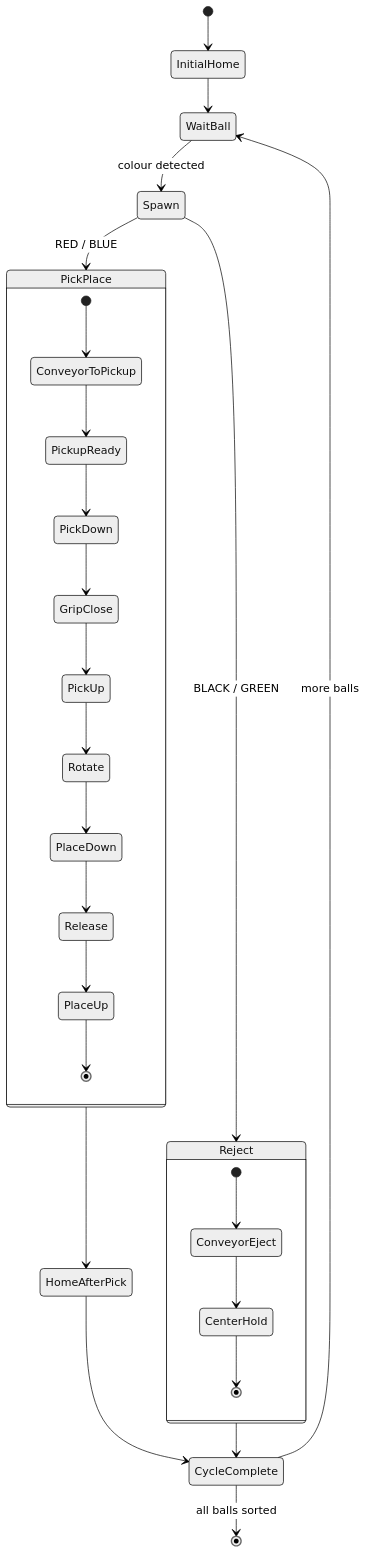
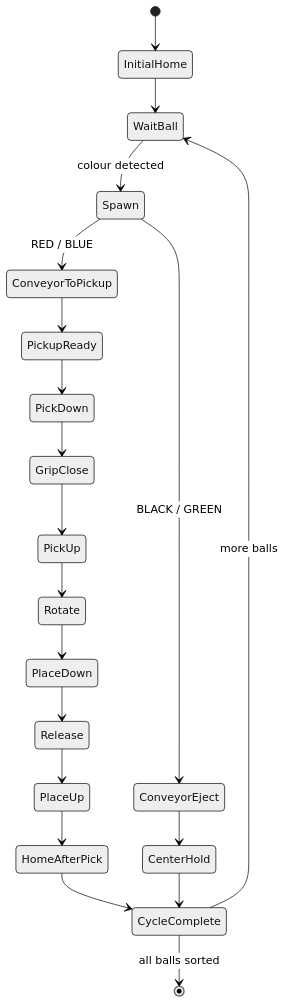
One commit to AJAYKRISHNAVENKATESAN/ev3_manipulator changed the diagram in README.md. Above: the diagram before and after it, drawn with Mermaid (neutral theme).

Commit message:
Flatten mermaid state diagram to fix GitHub render error

````diff
--- a/README.md
+++ b/README.md
@@ -46,33 +46,25 @@
 ```mermaid
 stateDiagram-v2
     [*] --> InitialHome
     InitialHome --> WaitBall
     WaitBall --> Spawn : colour detected
-    Spawn --> PickPlace : RED / BLUE
-    Spawn --> Reject : BLACK / GREEN
+    Spawn --> ConveyorToPickup : RED / BLUE
+    Spawn --> ConveyorEject : BLACK / GREEN
 
-    state PickPlace {
-        [*] --> ConveyorToPickup
-        ConveyorToPickup --> PickupReady
-        PickupReady --> PickDown
-        PickDown --> GripClose
-        GripClose --> PickUp
-        PickUp --> Rotate
-        Rotate --> PlaceDown
-        PlaceDown --> Release
-        Release --> PlaceUp
-        PlaceUp --> [*]
-    }
+    ConveyorToPickup --> PickupReady
+    PickupReady --> PickDown
+    PickDown --> GripClose
+    GripClose --> PickUp
+    PickUp --> Rotate
+    Rotate --> PlaceDown
+    PlaceDown --> Release
+    Release --> PlaceUp
+    PlaceUp --> HomeAfterPick
+    HomeAfterPick --> CycleComplete
 
-    state Reject {
-        [*] --> ConveyorEject
-        ConveyorEject --> CenterHold
-        CenterHold --> [*]
-    }
+    ConveyorEject --> CenterHold
+    CenterHold --> CycleComplete
 
-    PickPlace --> HomeAfterPick
-    Reject --> CycleComplete
-    HomeAfterPick --> CycleComplete
     CycleComplete --> WaitBall : more balls
     CycleComplete --> [*] : all balls sorted
 ```
````
